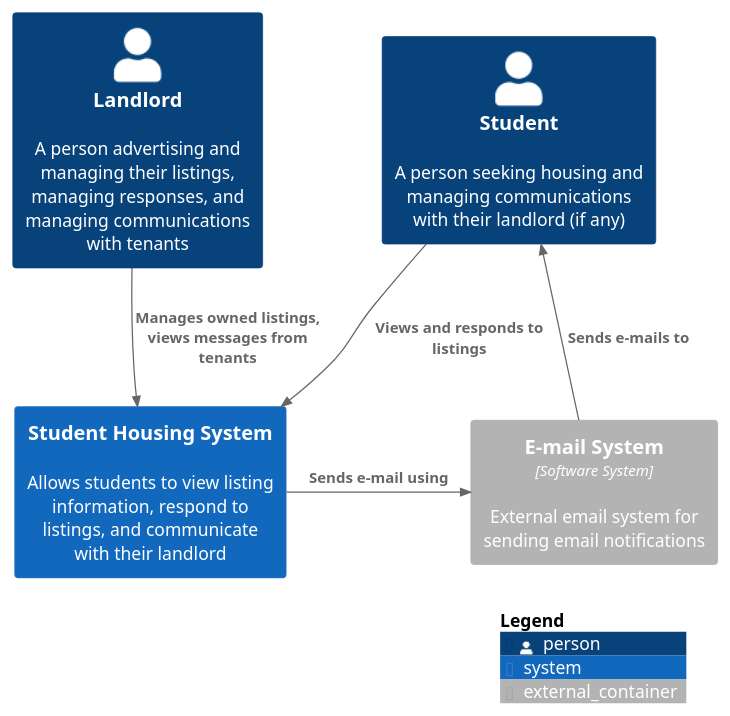
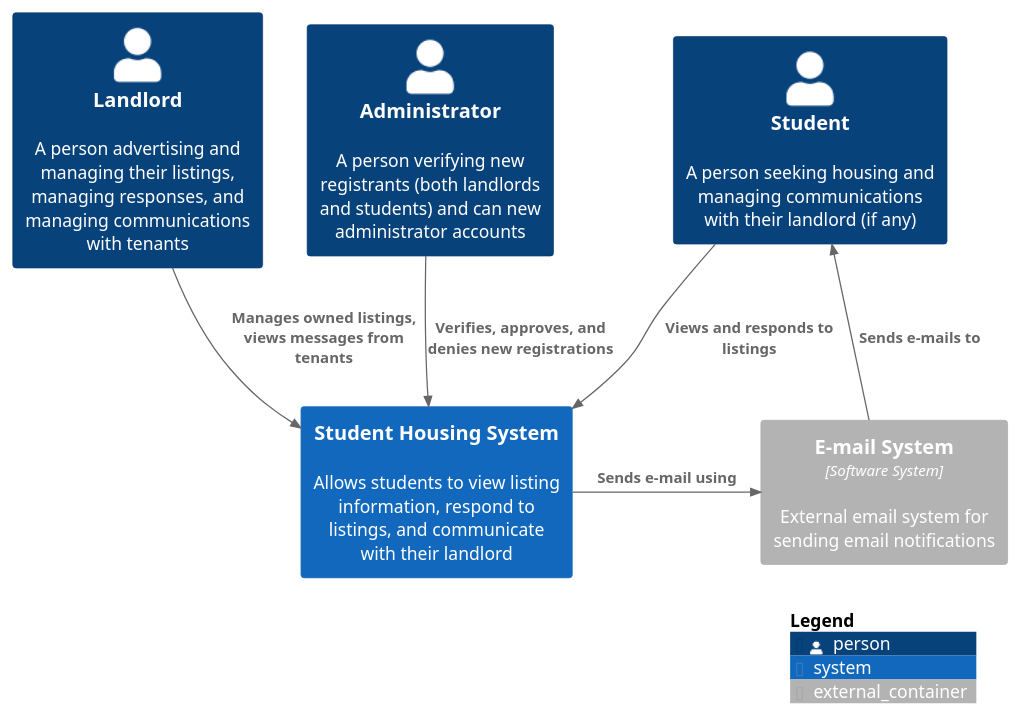
The diagram in docs/uml-diagrams/c1-diagram.puml (lex-kort/s3-roomies-backend), drawn with PlantUML before and after one commit. The commit also changed 3 other files, not shown here.

Commit message:
- Update C4 Diagrams - Modify CORS header

```diff
--- a/docs/uml-diagrams/c1-diagram.puml
+++ b/docs/uml-diagrams/c1-diagram.puml
@@ -1,17 +1,19 @@
 @startuml "C1 Diagram"
 !include https://raw.githubusercontent.com/plantuml-stdlib/C4-PlantUML/master/C4_Container.puml
 
 Person(student, "Student", "A person seeking housing and managing communications with their landlord (if any)")
 Person(landlord, "Landlord", "A person advertising and managing their listings, managing responses, and managing communications with tenants")
+Person(admin, "Administrator", "A person verifying new registrants (both landlords and students) and can new administrator accounts")
 
 System(web_app, "Student Housing System", "Allows students to view listing information, respond to listings, and communicate with their landlord")
 Container_Ext(mail_serv, "E-mail System", "Software System", "External email system for sending email notifications")
 
 Rel(student, web_app, "Views and responds to listings")
 Rel(landlord, web_app, "Manages owned listings, views messages from tenants")
+Rel(admin, web_app, "Verifies, approves, and denies new registrations")
 
 Rel_R(web_app, mail_serv, "Sends e-mail using")
 Rel_U(mail_serv, student, "Sends e-mails to")
 
 SHOW_LEGEND()
 @enduml
```
